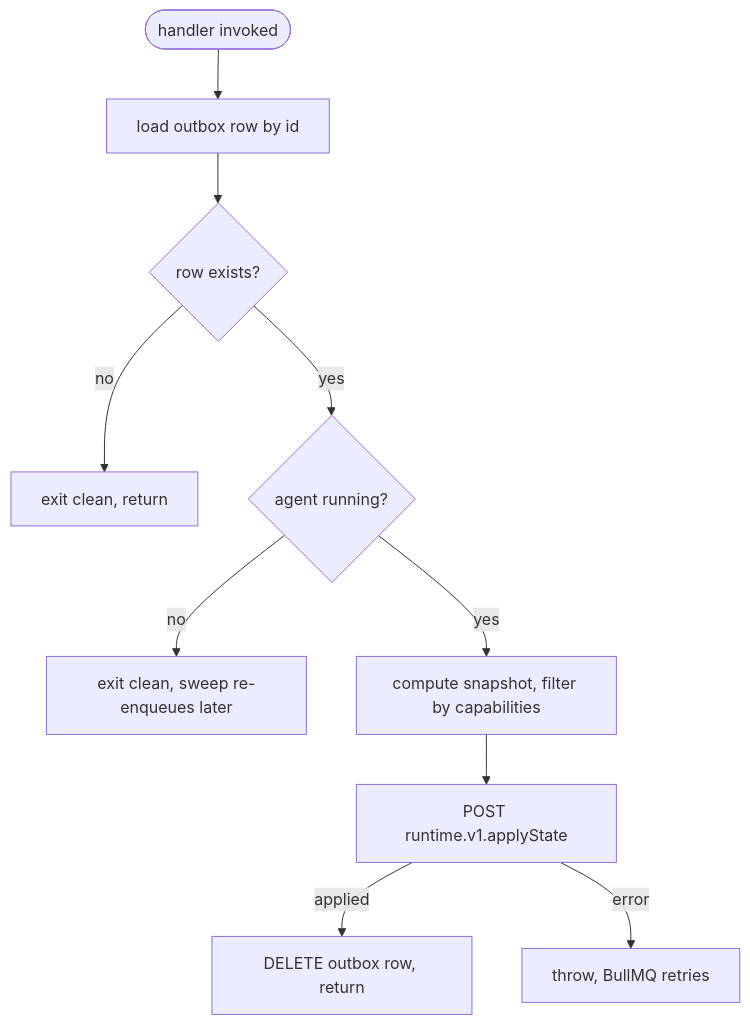
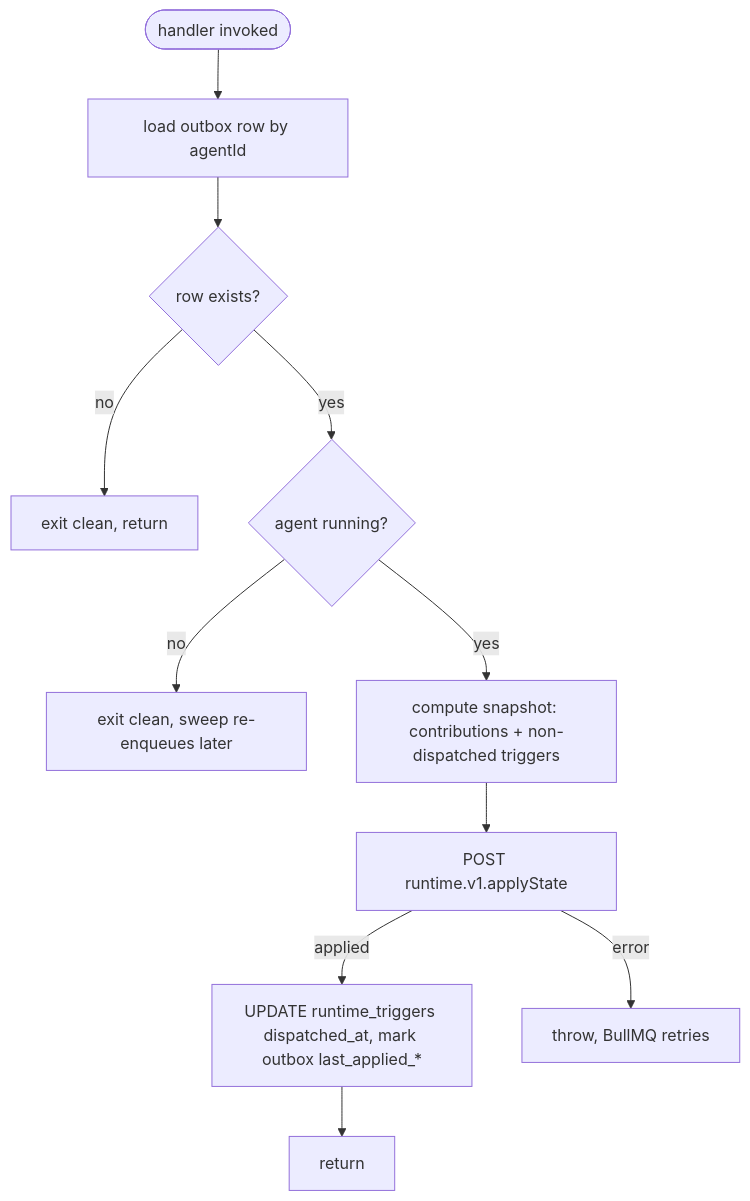
Before and after one commit to dam-agents/dam: the sixth of 6 diagrams in docs/architecture/connections.md, drawn with Mermaid. The commit also changed other lines of this file and 4 other files, not shown here.

````diff
--- a/docs/architecture/connections.md
+++ b/docs/architecture/connections.md
@@ -328,21 +386,22 @@
 ```mermaid
 flowchart TD
   handlerStart([handler invoked])
-  load[load outbox row by id]
+  load[load outbox row by agentId]
   exists{row exists?}
   noop[exit clean, return]
   check{agent running?}
   defer[exit clean, sweep re-enqueues later]
-  compute[compute snapshot, filter by capabilities]
+  compute[compute snapshot: contributions + non-dispatched triggers]
   dispatch[POST runtime.v1.applyState]
-  ok[DELETE outbox row, return]
+  mark[UPDATE runtime_triggers dispatched_at, mark outbox last_applied_*]
+  ok[return]
   fail[throw, BullMQ retries]
 
   handlerStart --> load --> exists
   exists -->|no| noop
   exists -->|yes| check
   check -->|no| defer
   check -->|yes| compute --> dispatch
-  dispatch -->|applied| ok
+  dispatch -->|applied| mark --> ok
   dispatch -->|error| fail
 ```
````
